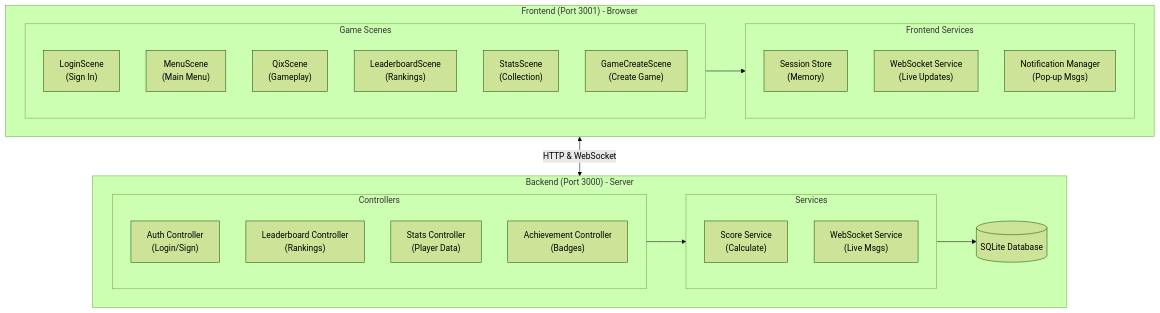
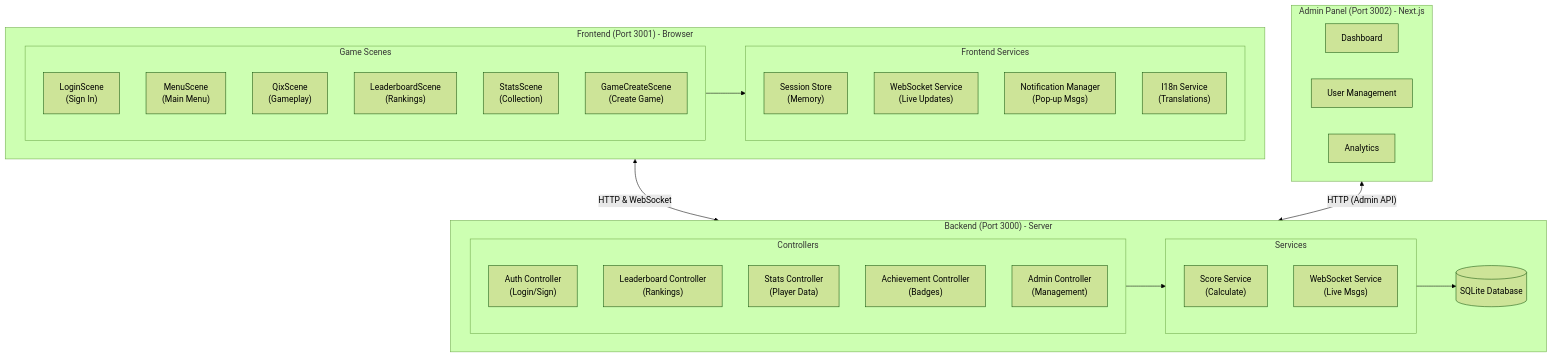
One commit to kenken64/peekachoo changed the first of 8 diagrams in GAME_ARCHITECTURE.md. Above: the diagram before and after it, drawn with Mermaid (forest theme). The commit also changed other lines of this file, not shown here.

Commit message:
docs: Update game architecture with Admin Panel, i18n, and Power Up details

````diff
--- a/GAME_ARCHITECTURE.md
+++ b/GAME_ARCHITECTURE.md
@@ -48,36 +48,45 @@
 ```mermaid
 flowchart TB
     subgraph Frontend["Frontend (Port 3001) - Browser"]
         subgraph Scenes["Game Scenes"]
             LoginScene["LoginScene<br/>(Sign In)"]
             MenuScene["MenuScene<br/>(Main Menu)"]
             QixScene["QixScene<br/>(Gameplay)"]
             LeaderboardScene["LeaderboardScene<br/>(Rankings)"]
             StatsScene["StatsScene<br/>(Collection)"]
             GameCreateScene["GameCreateScene<br/>(Create Game)"]
         end
         subgraph Services["Frontend Services"]
             SessionStore["Session Store<br/>(Memory)"]
             WebSocketService["WebSocket Service<br/>(Live Updates)"]
             NotificationManager["Notification Manager<br/>(Pop-up Msgs)"]
+            I18nService["I18n Service<br/>(Translations)"]
         end
         Scenes --> Services
+    end
+
+    subgraph Admin["Admin Panel (Port 3002) - Next.js"]
+        AdminDashboard["Dashboard"]
+        UserMgmt["User Management"]
+        Analytics["Analytics"]
     end
 
     subgraph Backend["Backend (Port 3000) - Server"]
         subgraph Controllers["Controllers"]
             AuthController["Auth Controller<br/>(Login/Sign)"]
             LeaderboardController["Leaderboard Controller<br/>(Rankings)"]
             StatsController["Stats Controller<br/>(Player Data)"]
             AchievementController["Achievement Controller<br/>(Badges)"]
+            AdminController["Admin Controller<br/>(Management)"]
         end
         subgraph BackendServices["Services"]
             ScoreService["Score Service<br/>(Calculate)"]
             WSService["WebSocket Service<br/>(Live Msgs)"]
         end
         Controllers --> BackendServices
         BackendServices --> Database[(SQLite Database)]
     end
 
     Frontend <-->|"HTTP & WebSocket"| Backend
+    Admin <-->|"HTTP (Admin API)"| Backend
 ```
````
